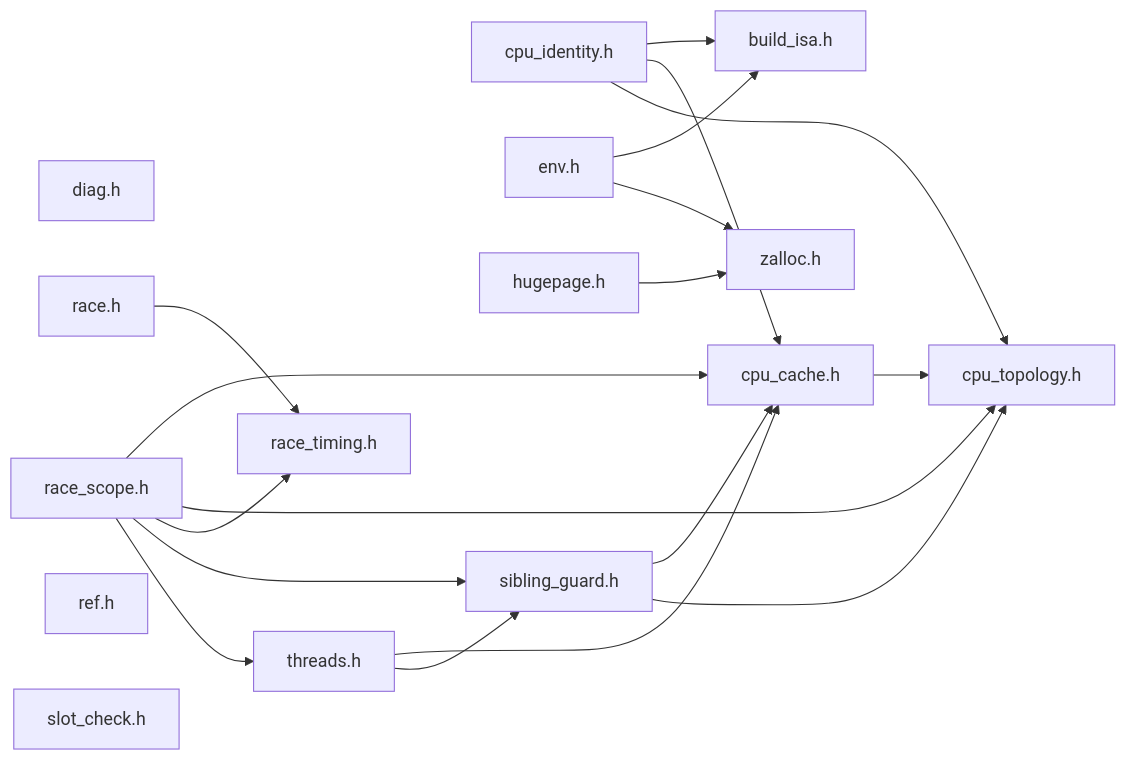
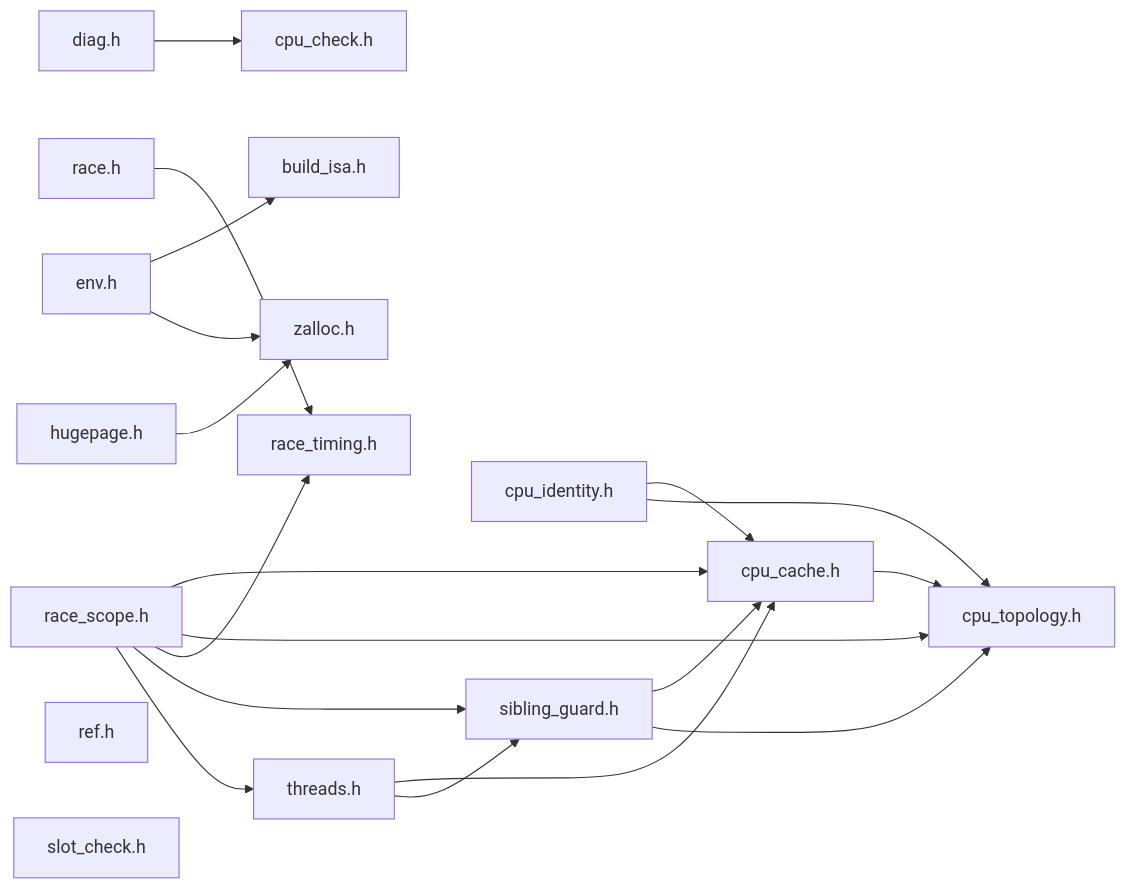
The diagram in docs/architecture/generated/folders/common__support.md (Tugbars/VectorFFT), drawn with Mermaid before and after one commit. The commit also changed other lines of this file and 23 other files, not shown here.

Commit message:
cpu check

````diff
--- a/docs/architecture/generated/folders/common__support.md
+++ b/docs/architecture/generated/folders/common__support.md
@@ -24,35 +25,36 @@
 ```mermaid
 flowchart LR
     n_common_support_build_isa_h["build_isa.h"]
     n_common_support_cpu_cache_h["cpu_cache.h"]
+    n_common_support_cpu_check_h["cpu_check.h"]
     n_common_support_cpu_identity_h["cpu_identity.h"]
     n_common_support_cpu_topology_h["cpu_topology.h"]
     n_common_support_diag_h["diag.h"]
     n_common_support_env_h["env.h"]
     n_common_support_hugepage_h["hugepage.h"]
     n_common_support_race_h["race.h"]
     n_common_support_race_scope_h["race_scope.h"]
     n_common_support_race_timing_h["race_timing.h"]
     n_common_support_ref_h["ref.h"]
     n_common_support_sibling_guard_h["sibling_guard.h"]
     n_common_support_slot_check_h["slot_check.h"]
     n_common_support_threads_h["threads.h"]
     n_common_support_zalloc_h["zalloc.h"]
     n_common_support_cpu_cache_h --> n_common_support_cpu_topology_h
-    n_common_support_cpu_identity_h --> n_common_support_build_isa_h
     n_common_support_cpu_identity_h --> n_common_support_cpu_cache_h
     n_common_support_cpu_identity_h --> n_common_support_cpu_topology_h
+    n_common_support_diag_h --> n_common_support_cpu_check_h
     n_common_support_env_h --> n_common_support_build_isa_h
     n_common_support_env_h --> n_common_support_zalloc_h
     n_common_support_hugepage_h --> n_common_support_zalloc_h
     n_common_support_race_h --> n_common_support_race_timing_h
     n_common_support_race_scope_h --> n_common_support_cpu_cache_h
     n_common_support_race_scope_h --> n_common_support_cpu_topology_h
     n_common_support_race_scope_h --> n_common_support_race_timing_h
     n_common_support_race_scope_h --> n_common_support_sibling_guard_h
     n_common_support_race_scope_h --> n_common_support_threads_h
     n_common_support_sibling_guard_h --> n_common_support_cpu_cache_h
     n_common_support_sibling_guard_h --> n_common_support_cpu_topology_h
     n_common_support_threads_h --> n_common_support_cpu_cache_h
     n_common_support_threads_h --> n_common_support_sibling_guard_h
 ```
````
